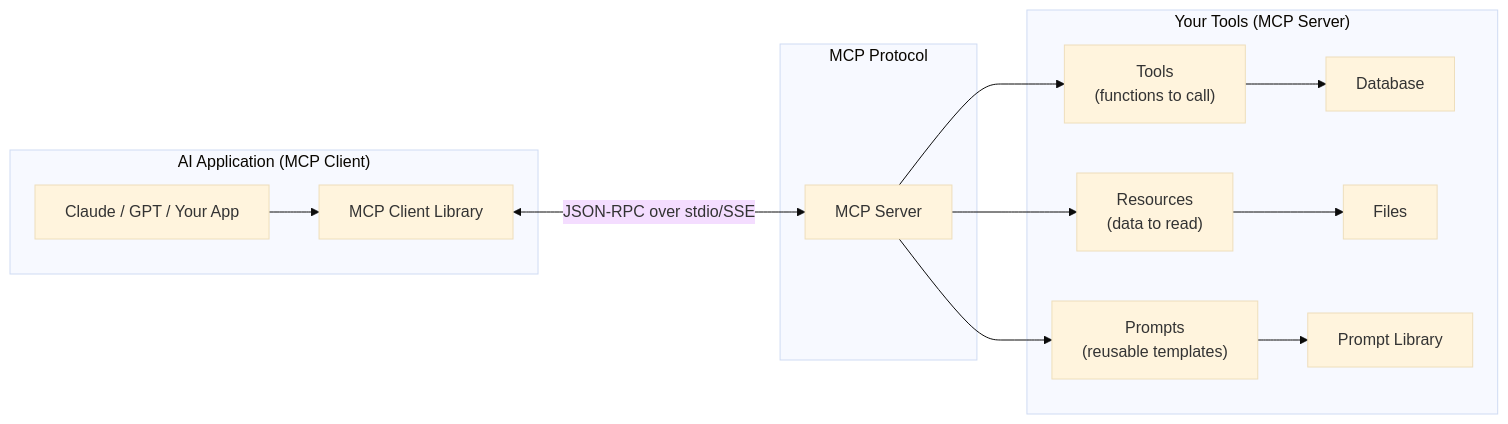
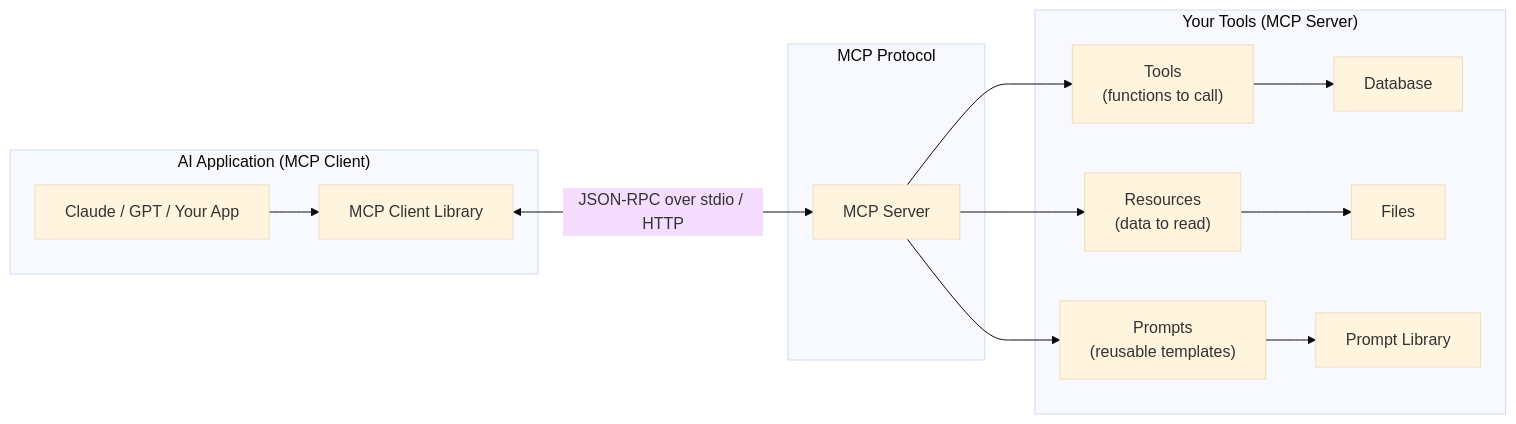
One commit to akshkr/akashnotes changed the second of 4 diagrams in Phase_7_Production_Deployment/Day_095_model_context_protocol/model_context_protocol.md. Above: the diagram before and after it, drawn with Mermaid (base theme). The commit also changed other lines of this file and 95 other files, not shown here.

````diff
--- a/Phase_7_Production_Deployment/Day_095_model_context_protocol/model_context_protocol.md
+++ b/Phase_7_Production_Deployment/Day_095_model_context_protocol/model_context_protocol.md
@@ -43,19 +45,19 @@
 ```mermaid
 flowchart LR
     subgraph "AI Application (MCP Client)"
         A["Claude / GPT / Your App"] --> B["MCP Client Library"]
     end
 
     subgraph "MCP Protocol"
-        B <-->|JSON-RPC over stdio/SSE| C["MCP Server"]
+        B <-->|JSON-RPC over stdio / HTTP| C["MCP Server"]
     end
 
     subgraph "Your Tools (MCP Server)"
         C --> D["Tools\n(functions to call)"]
         C --> E["Resources\n(data to read)"]
         C --> F["Prompts\n(reusable templates)"]
         D --> G["Database"]
         E --> H["Files"]
         F --> I["Prompt Library"]
     end
 ```
````
